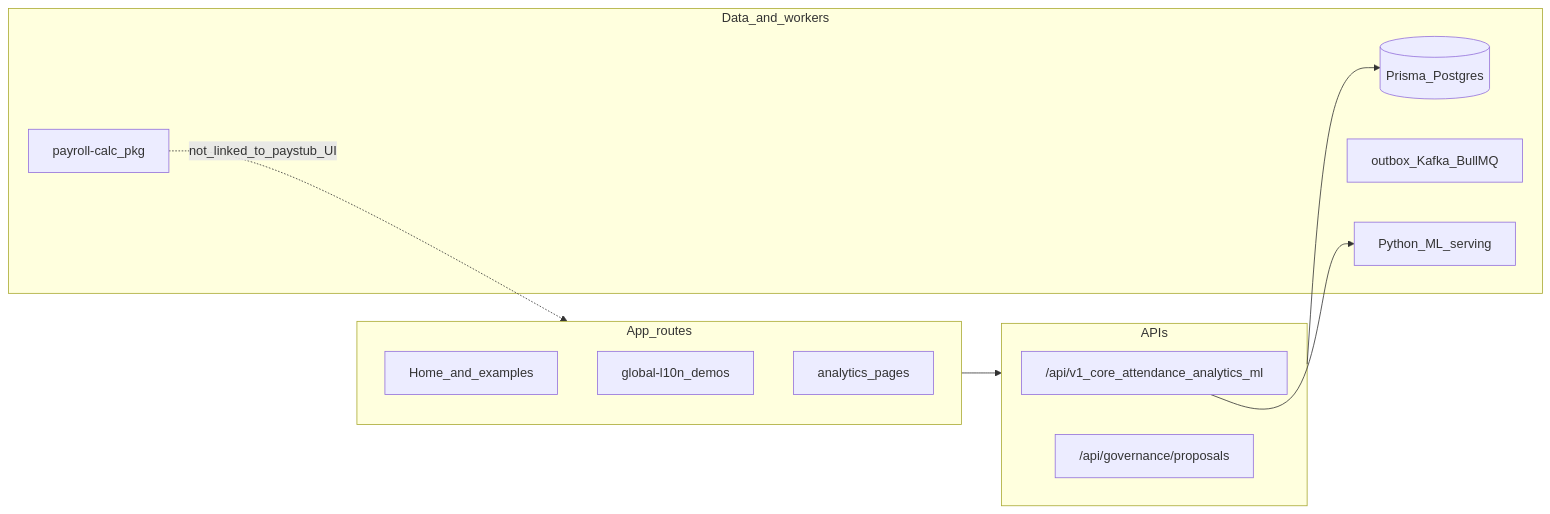
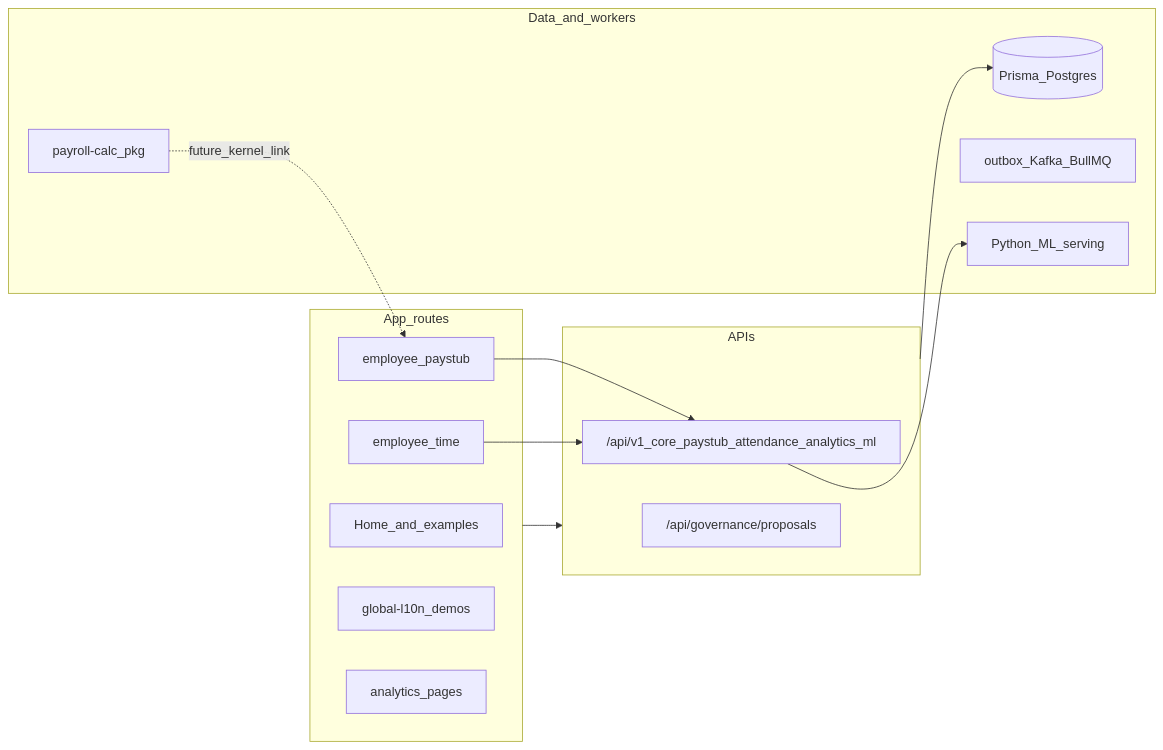
One commit to SafetyMP/HR-ERP changed the diagram in docs/product/codebase-completion-baseline.md. Above: the diagram before and after it, drawn with Mermaid. The commit also changed other lines of this file and 40 other files, not shown here.

Commit message:
Add employee paystub and time attendance self-service, demo bootstrap, and feature briefs

````diff
--- a/docs/product/codebase-completion-baseline.md
+++ b/docs/product/codebase-completion-baseline.md
@@ -98,22 +105,26 @@
 ```mermaid
 flowchart LR
   subgraph ui [App_routes]
     Home[Home_and_examples]
+    TimeUI[employee_time]
+    Paystub[employee_paystub]
     L10n[global-l10n_demos]
     AnalyticsUI[analytics_pages]
   end
   subgraph api [APIs]
-    V1["/api/v1_core_attendance_analytics_ml"]
+    V1["/api/v1_core_paystub_attendance_analytics_ml"]
     Gov["/api/governance/proposals"]
   end
   subgraph data_plane [Data_and_workers]
     Prisma[(Prisma_Postgres)]
     Calc[payroll-calc_pkg]
     Workers[outbox_Kafka_BullMQ]
     Py[Python_ML_serving]
   end
   ui --> api
   api --> Prisma
   V1 --> Py
-  Calc -. not_linked_to_paystub_UI .-> ui
+  Paystub --> V1
+  TimeUI --> V1
+  Calc -. future_kernel_link .-> Paystub
 ```
````
